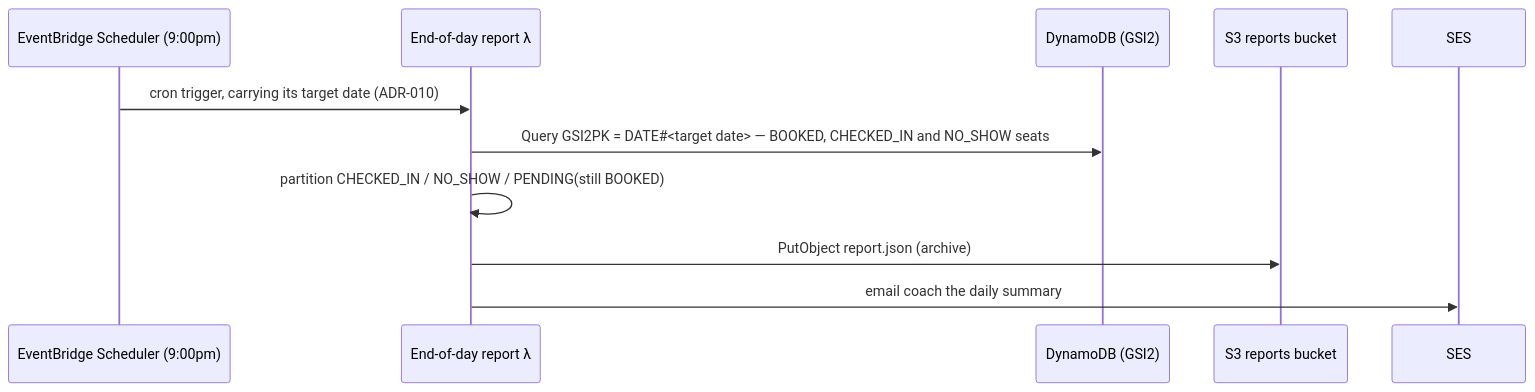
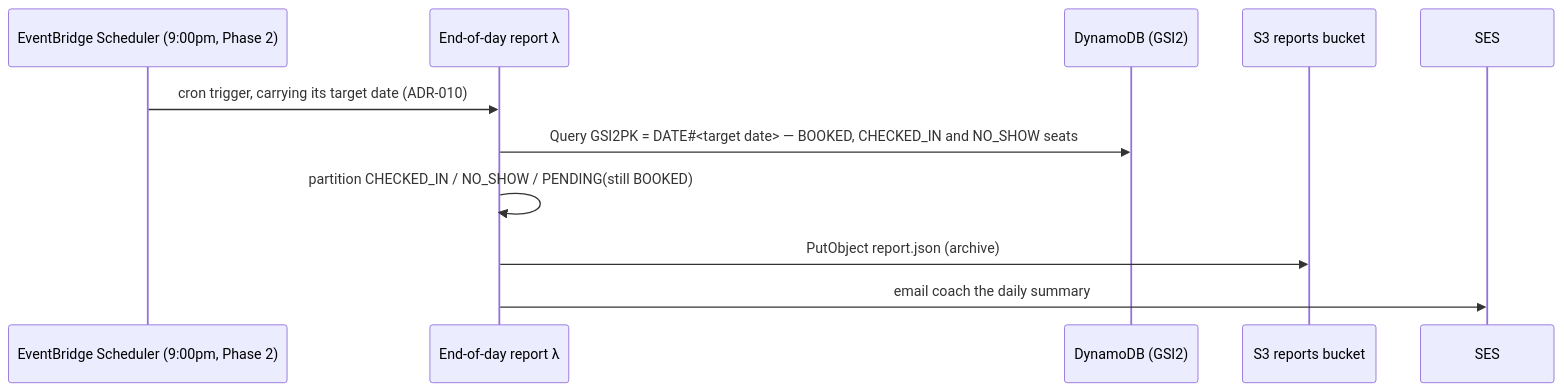
Diagram 13 of 31 in docs/architecture.md (jessicamvega6/bladebook), drawn with Mermaid before and after one commit. The commit also changed other lines of this file and 65 other files, not shown here.

````diff
--- a/docs/architecture.md
+++ b/docs/architecture.md
@@ -1035,13 +1040,13 @@
 ```mermaid
 sequenceDiagram
-    participant Sch as EventBridge Scheduler (9:00pm)
+    participant Sch as EventBridge Scheduler (9:00pm, Phase 2)
     participant Rep as End-of-day report λ
     participant DB as DynamoDB (GSI2)
     participant S3 as S3 reports bucket
     participant SES as SES
     Sch->>Rep: cron trigger, carrying its target date (ADR-010)
     Rep->>DB: Query GSI2PK = DATE#35;<target date> — BOOKED, CHECKED_IN and NO_SHOW seats
     Rep->>Rep: partition CHECKED_IN / NO_SHOW / PENDING(still BOOKED)
     Rep->>S3: PutObject report.json (archive)
     Rep->>SES: email coach the daily summary
 ```
````
